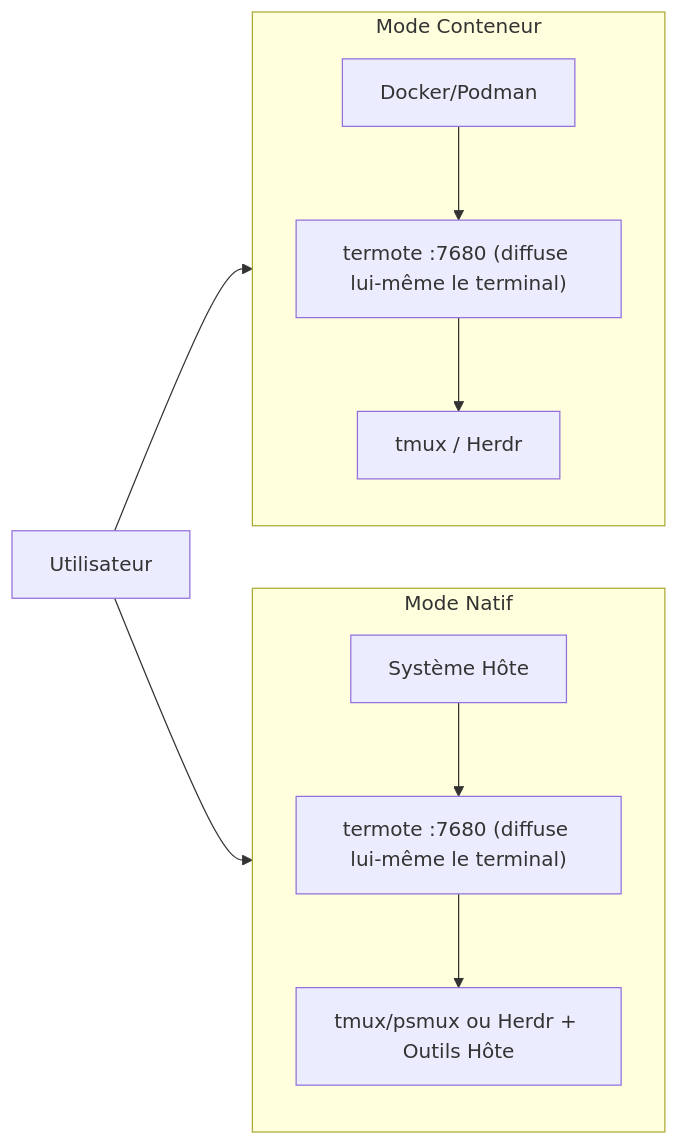
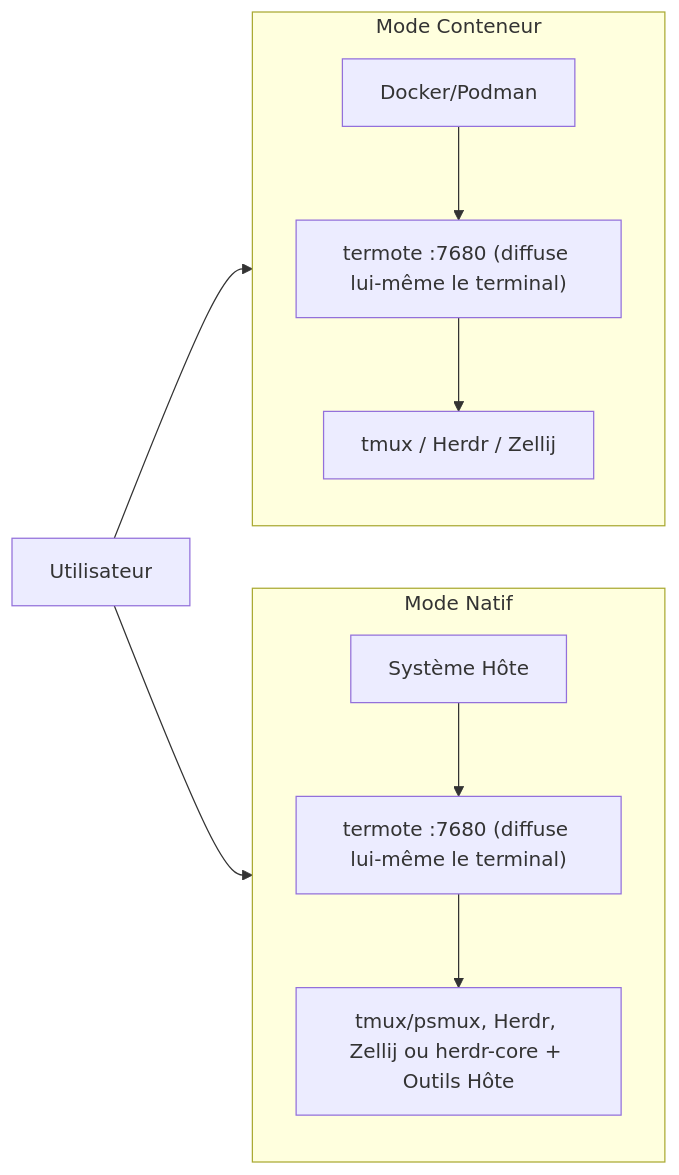
One commit to lamngockhuong/termote changed the second of 2 diagrams in README.fr.md. Above: the diagram before and after it, drawn with Mermaid. The commit also changed other lines of this file and 14 other files, not shown here.

````diff
--- a/README.fr.md
+++ b/README.fr.md
@@ -252,14 +258,14 @@
 ```mermaid
 flowchart LR
     subgraph Container["Mode Conteneur"]
         direction TB
-        C1["Docker/Podman"] --> C2["termote :7680 (diffuse lui-même le terminal)"] --> C3["tmux / Herdr"]
+        C1["Docker/Podman"] --> C2["termote :7680 (diffuse lui-même le terminal)"] --> C3["tmux / Herdr / Zellij"]
     end
 
     subgraph Native["Mode Natif"]
         direction TB
-        N1["Système Hôte"] --> N2["termote :7680 (diffuse lui-même le terminal)"] --> N3["tmux/psmux ou Herdr + Outils Hôte"]
+        N1["Système Hôte"] --> N2["termote :7680 (diffuse lui-même le terminal)"] --> N3["tmux/psmux, Herdr, Zellij ou herdr-core + Outils Hôte"]
     end
 
     User["Utilisateur"] --> Container & Native
 ```
````
